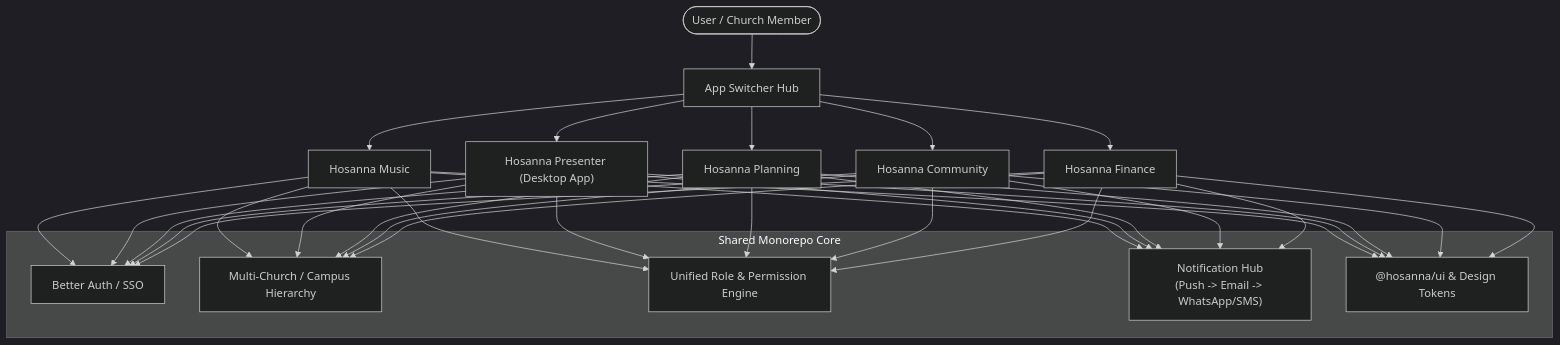
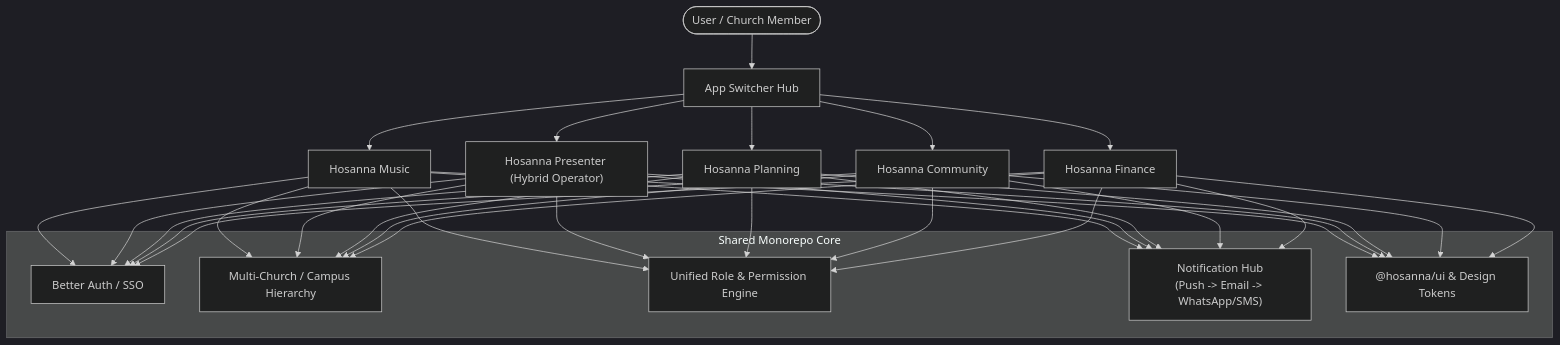
One commit to Apoll011/hosanna-suite changed the third of 6 diagrams in docs/FUTURE_DIRECTION.md. Above: the diagram before and after it, drawn with Mermaid (dark theme). The commit also changed other lines of this file, not shown here.

Commit message:
feat: update Hosanna Presenter description to reflect hybrid architecture and capabilities

````diff
--- a/docs/FUTURE_DIRECTION.md
+++ b/docs/FUTURE_DIRECTION.md
@@ -168,23 +237,23 @@
 ```mermaid
 graph TD
     User([User / Church Member]) --> AppSwitcher[App Switcher Hub]
     AppSwitcher --> App1[Hosanna Music]
-    AppSwitcher --> App2["Hosanna Presenter (Desktop App)"]
+    AppSwitcher --> App2["Hosanna Presenter (Hybrid Operator)"]
     AppSwitcher --> App3[Hosanna Planning]
     AppSwitcher --> App4[Hosanna Community]
     AppSwitcher --> App5[Hosanna Finance]
 
     subgraph Shared Monorepo Core
         AuthService[Better Auth / SSO]
         TenantService[Multi-Church / Campus Hierarchy]
         RBAC[Unified Role & Permission Engine]
         NotifService["Notification Hub\n(Push -> Email -> WhatsApp/SMS)"]
         SharedUI["@hosanna/ui & Design Tokens"]
     end
 
     App1 & App2 & App3 & App4 & App5 --> AuthService
     App1 & App2 & App3 & App4 & App5 --> TenantService
     App1 & App2 & App3 & App4 & App5 --> RBAC
     App1 & App2 & App3 & App4 & App5 --> NotifService
     App1 & App2 & App3 & App4 & App5 --> SharedUI
 ```
````
